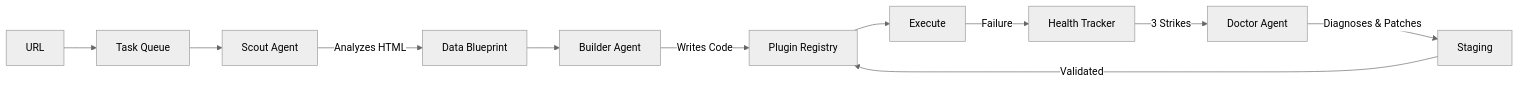
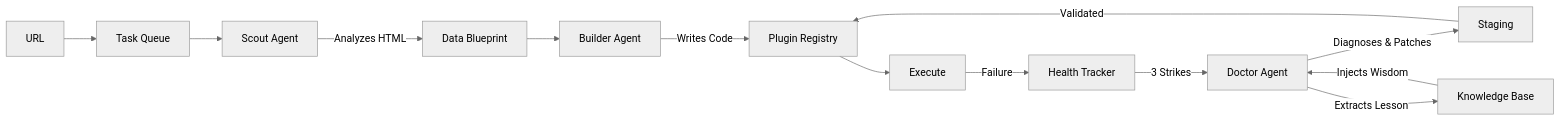
Before and after one commit to dusty-schmidt/smart-data-pipeline: the diagram in README.md, drawn with Mermaid (neutral theme). The commit also changed other lines of this file and 21 other files, not shown here.

````diff
--- a/README.md
+++ b/README.md
@@ -48,13 +62,15 @@
 ```mermaid
 graph LR
     User[URL] --> Queue[Task Queue]
     Queue --> Scout[Scout Agent]
     Scout -->|Analyzes HTML| Blueprint[Data Blueprint]
     Blueprint --> Builder[Builder Agent]
     Builder -->|Writes Code| Registry[Plugin Registry]
     Registry --> Runtime[Execute]
     Runtime -->|Failure| Health[Health Tracker]
     Health -->|3 Strikes| Doctor[Doctor Agent]
     Doctor -->|Diagnoses & Patches| Staging[Staging]
     Staging -->|Validated| Registry
+    Doctor -->|Extracts Lesson| KB[Knowledge Base]
+    KB -->|Injects Wisdom| Doctor
 ```
````
